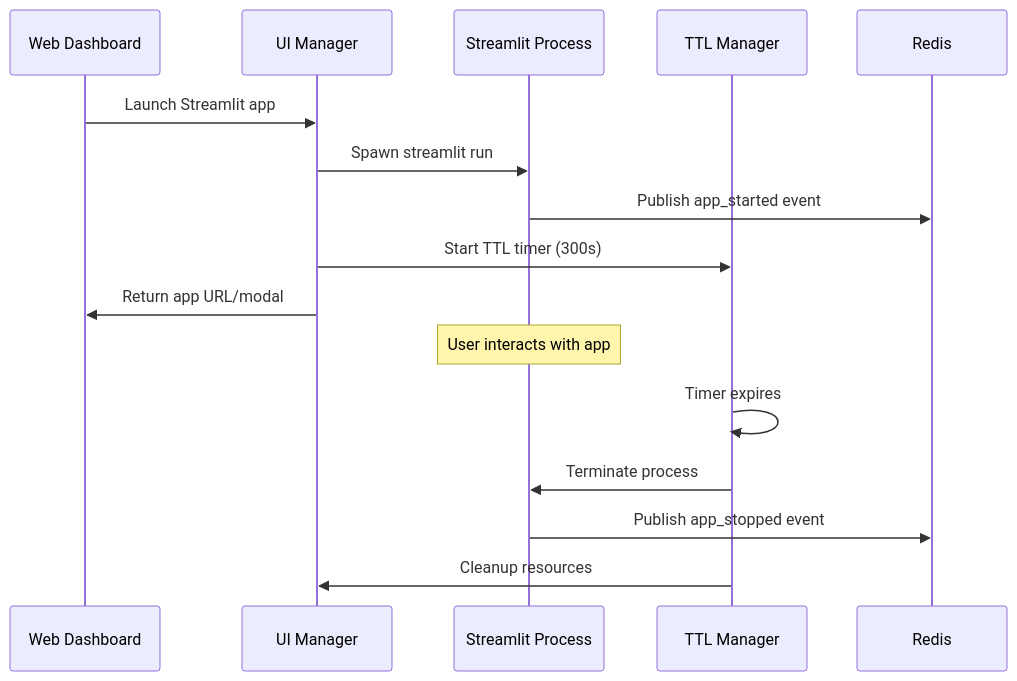
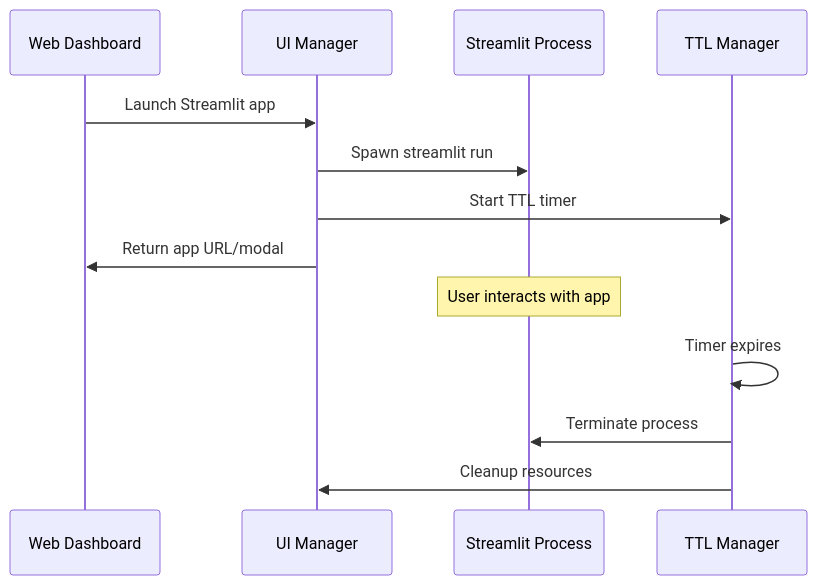
The sixth of 7 diagrams in docs/System/architecture.md (felipe-stanham/Latarnia), drawn with Mermaid before and after one commit. The commit also changed other lines of this file and 10 other files, not shown here.

````diff
--- a/docs/System/architecture.md
+++ b/docs/System/architecture.md
@@ -463,21 +464,18 @@
 ```mermaid
 sequenceDiagram
     participant UI as Web Dashboard
     participant UM as UI Manager
     participant Process as Streamlit Process
     participant TTL as TTL Manager
-    participant Redis as Redis
     
     UI->>UM: Launch Streamlit app
     UM->>Process: Spawn streamlit run
-    Process->>Redis: Publish app_started event
-    UM->>TTL: Start TTL timer (300s)
+    UM->>TTL: Start TTL timer
     UM->>UI: Return app URL/modal
     
     Note over Process: User interacts with app
     
     TTL->>TTL: Timer expires
     TTL->>Process: Terminate process
-    Process->>Redis: Publish app_stopped event
     TTL->>UM: Cleanup resources
 ```
````
